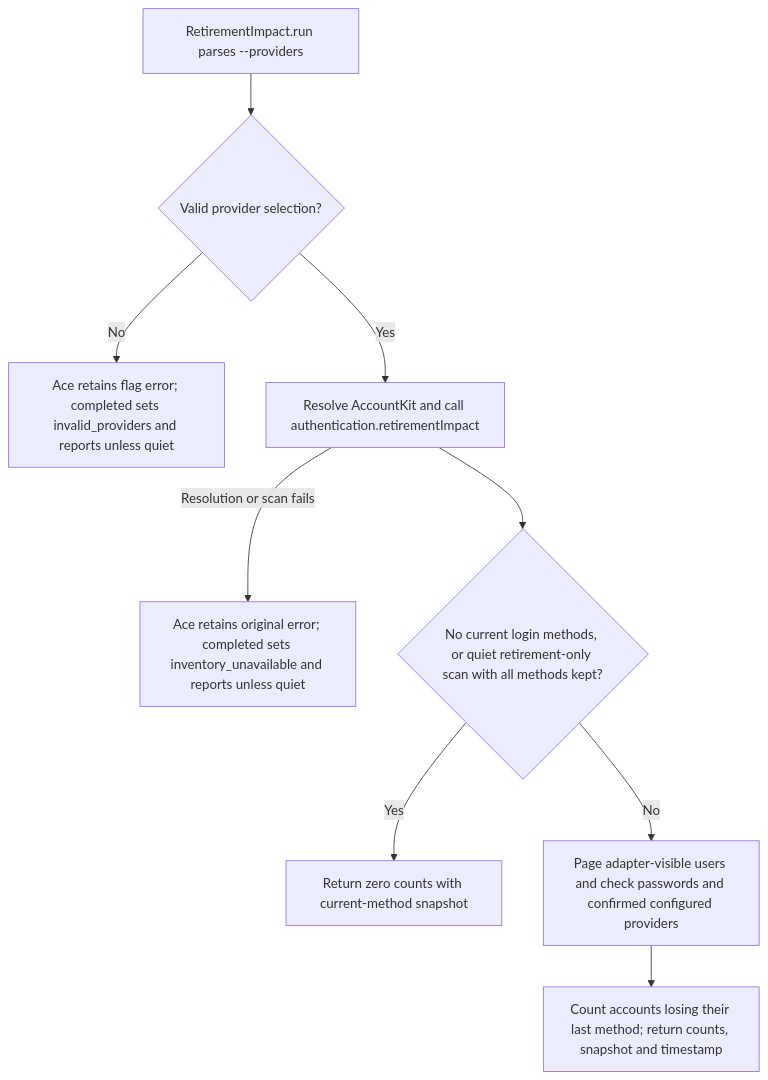
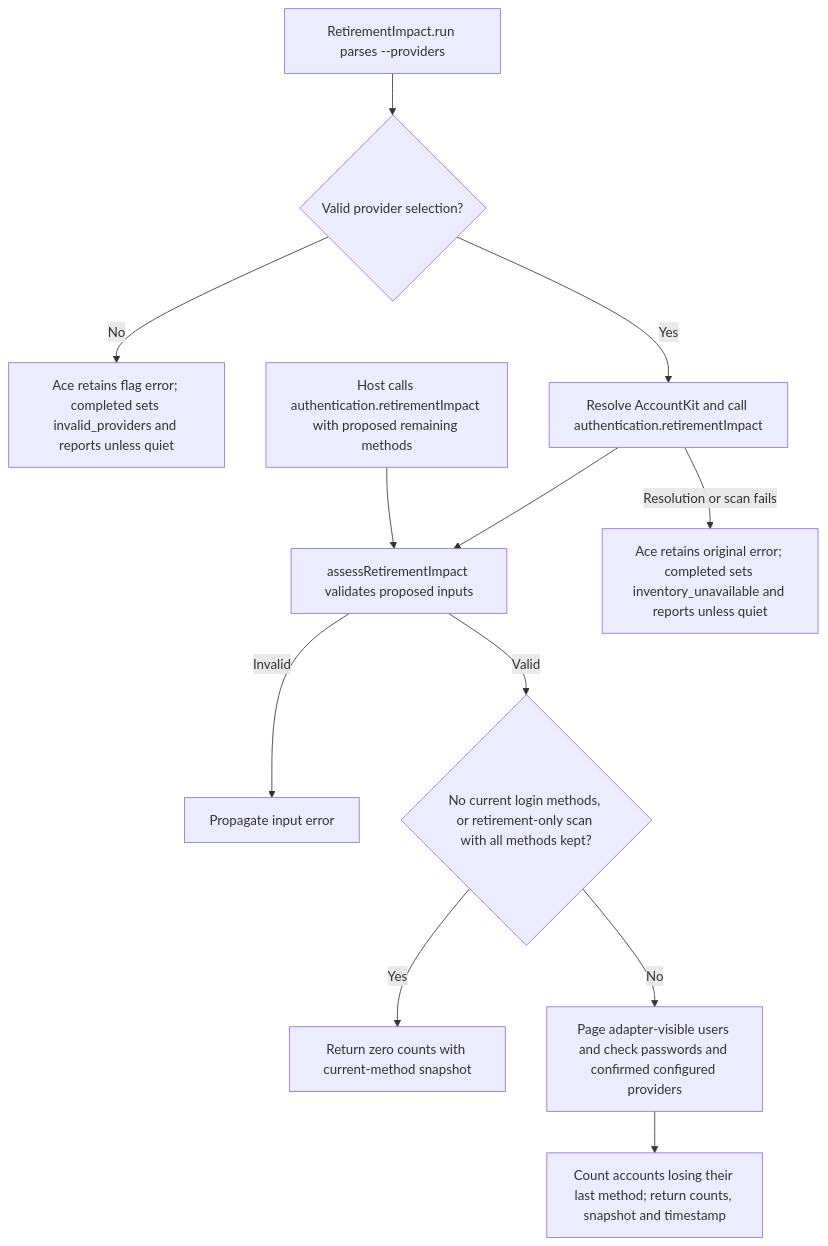
Before and after one commit to Kevinjohn/oss-adonisjs-account-kit: the second of 2 diagrams in user-stories/US-ACCOUNT-44-check-login-retirement-impact.md, drawn with Mermaid. The commit also changed other lines of this file and 42 other files, not shown here.

````diff
--- a/user-stories/US-ACCOUNT-44-check-login-retirement-impact.md
+++ b/user-stories/US-ACCOUNT-44-check-login-retirement-impact.md
@@ -33,11 +34,14 @@
 ```mermaid
 flowchart TD
  A["RetirementImpact.run parses --providers"] --> V{"Valid provider selection?"}
  V -->|No| P["Ace retains flag error; completed sets invalid_providers and reports unless quiet"]
  V -->|Yes| B["Resolve AccountKit and call authentication.retirementImpact"]
+ H0["Host calls authentication.retirementImpact with proposed remaining methods"] --> B1["assessRetirementImpact validates proposed inputs"]
  B -->|Resolution or scan fails| U["Ace retains original error; completed sets inventory_unavailable and reports unless quiet"]
- B --> N{"No current login methods, or quiet retirement-only scan with all methods kept?"}
+ B --> B1
+ B1 -->|Invalid| X["Propagate input error"]
+ B1 -->|Valid| N{"No current login methods, or retirement-only scan with all methods kept?"}
  N -->|Yes| Z["Return zero counts with current-method snapshot"]
  N -->|No| C["Page adapter-visible users and check passwords and confirmed configured providers"]
  C --> G["Count accounts losing their last method; return counts, snapshot and timestamp"]
 ```
````
